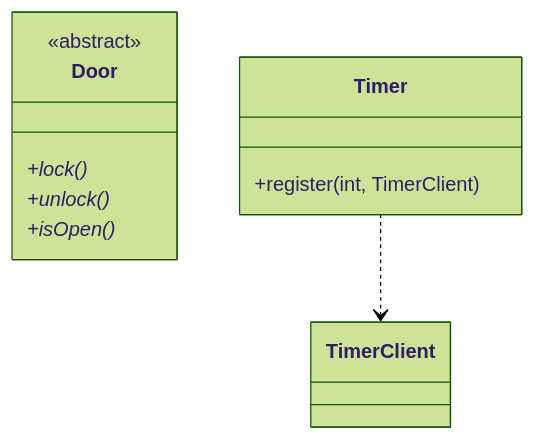
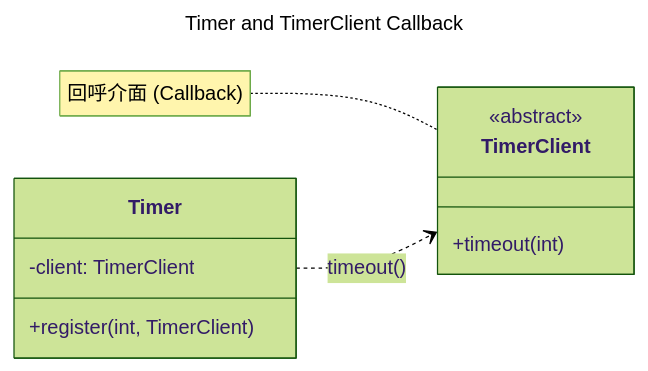
One commit to nlhsueh/teach_sw_fw changed the seventh of 17 diagrams in Part3_Principle/ch08_oo.md. Above: the diagram before and after it, drawn with Mermaid (forest theme). The commit also changed other lines of this file and 1 other file, not shown here.

Commit message:
docs: standardize chapter 8 Mermaid diagrams and refine IoC content

````diff
--- a/Part3_Principle/ch08_oo.md
+++ b/Part3_Principle/ch08_oo.md
@@ -438,15 +471,18 @@
 ```mermaid
+---
+title: Timer and TimerClient Callback
+---
 classDiagram
-    class Door {
-        <<abstract>>
-        +lock()*
-        +unlock()*
-        +isOpen()*
-    }
-
+    direction LR
     class Timer {
+        -client: TimerClient
         +register(int, TimerClient)
     }
-    class TimerClient
-    Timer ..> TimerClient
+    class TimerClient {
+        <<abstract>>
+        +timeout(int)
+    }
+    Timer ..> TimerClient: timeout()
+
+    note for TimerClient "回呼介面 (Callback)"
 ```
````
